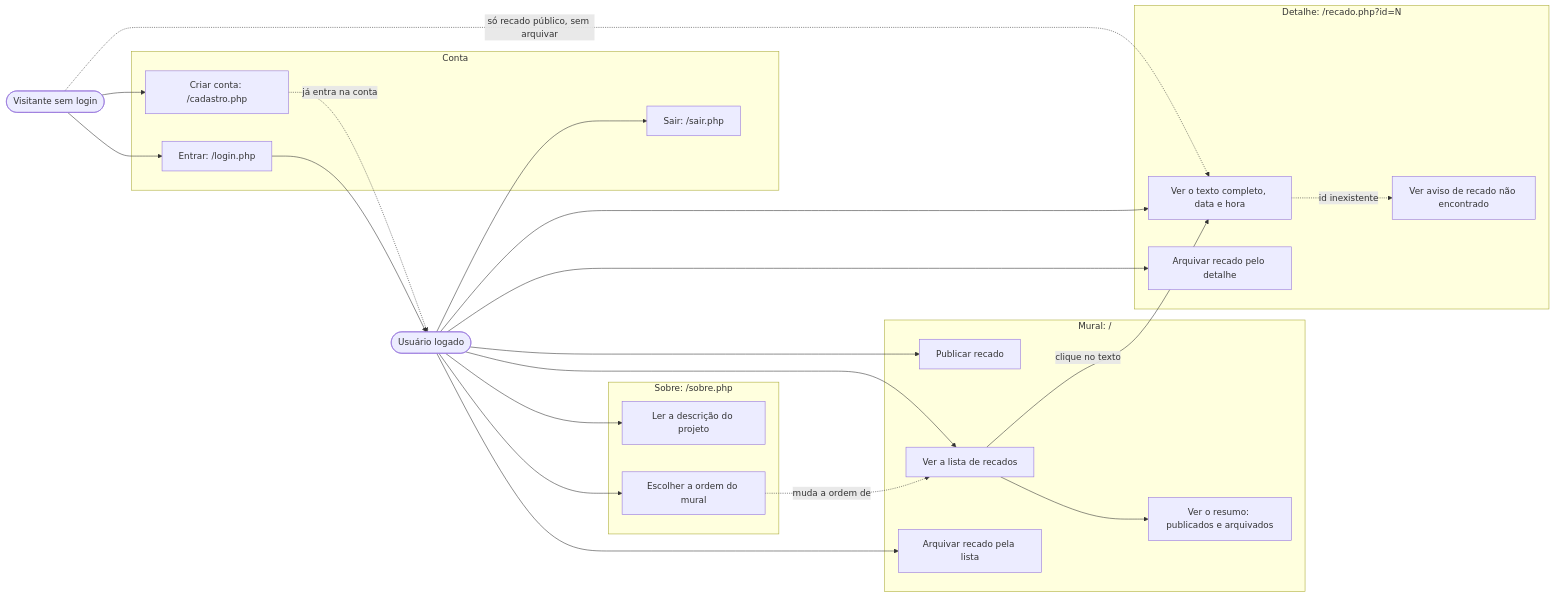
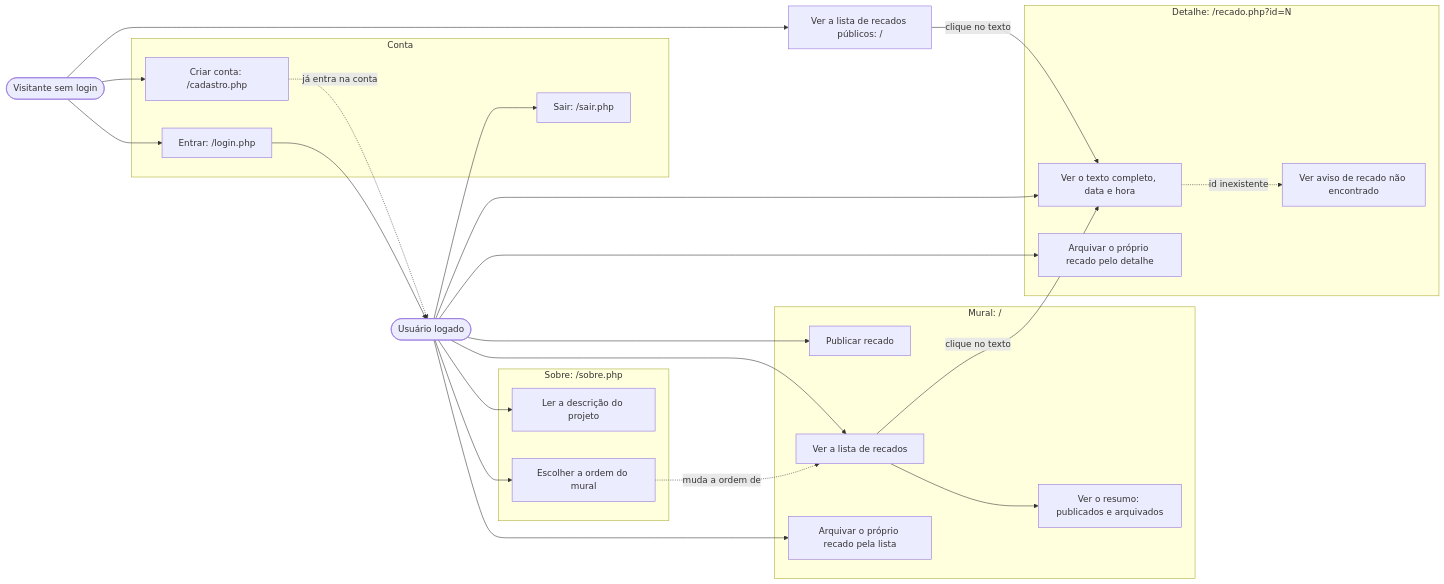
Before and after one commit to jacksongomesbr/uft-cc-dwm-mini-mural-php: the first of 10 diagrams in docs/funcionamento.md, drawn with Mermaid. The commit also changed other lines of this file and 7 other files, not shown here.

First line of the commit message:
docs: etapa 4, autoria e recados públicos

````diff
--- a/docs/funcionamento.md
+++ b/docs/funcionamento.md
@@ -33,47 +34,48 @@
 ```mermaid
 flowchart LR
     V(["Visitante sem login"])
     U(["Usuário logado"])
 
     subgraph conta ["Conta"]
         C1["Criar conta: /cadastro.php"]
         C2["Entrar: /login.php"]
         C3["Sair: /sair.php"]
     end
 
     subgraph mural ["Mural: /"]
         F1["Publicar recado"]
         F2["Ver a lista de recados"]
         F3["Ver o resumo: publicados e arquivados"]
-        F4["Arquivar recado pela lista"]
+        F4["Arquivar o próprio recado pela lista"]
     end
 
     subgraph detalhe ["Detalhe: /recado.php?id=N"]
         F5["Ver o texto completo, data e hora"]
-        F6["Arquivar recado pelo detalhe"]
+        F6["Arquivar o próprio recado pelo detalhe"]
         F7["Ver aviso de recado não encontrado"]
     end
 
     subgraph sobre ["Sobre: /sobre.php"]
         F8["Ler a descrição do projeto"]
         F9["Escolher a ordem do mural"]
     end
 
     V --> C1
     V --> C2
-    V -. "só recado público, sem arquivar" .-> F5
+    V --> P1["Ver a lista de recados públicos: /"]
+    P1 -- "clique no texto" --> F5
     C1 -. "já entra na conta" .-> U
     C2 --> U
     U --> C3
     U --> F1
     U --> F2
     U --> F4
     U --> F5
     U --> F6
     U --> F9
     F2 --> F3
     F2 -- "clique no texto" --> F5
     F5 -. "id inexistente" .-> F7
     F9 -. "muda a ordem de" .-> F2
     U --> F8
 ```
````
